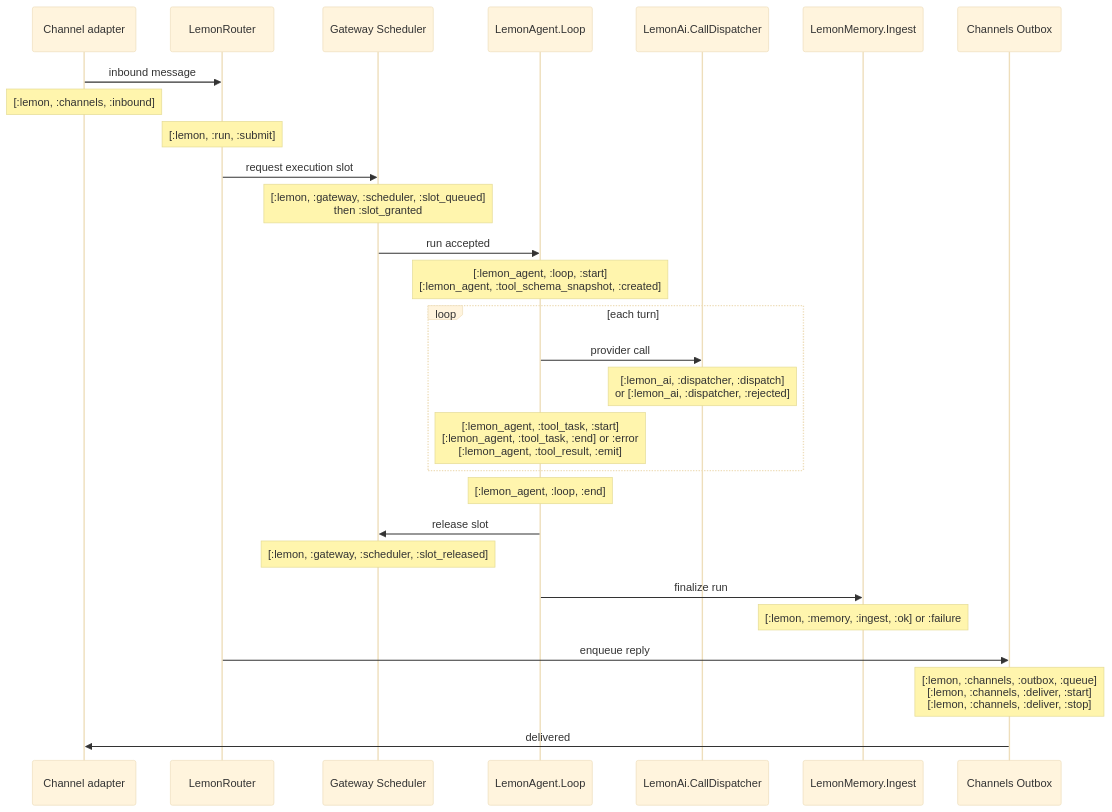
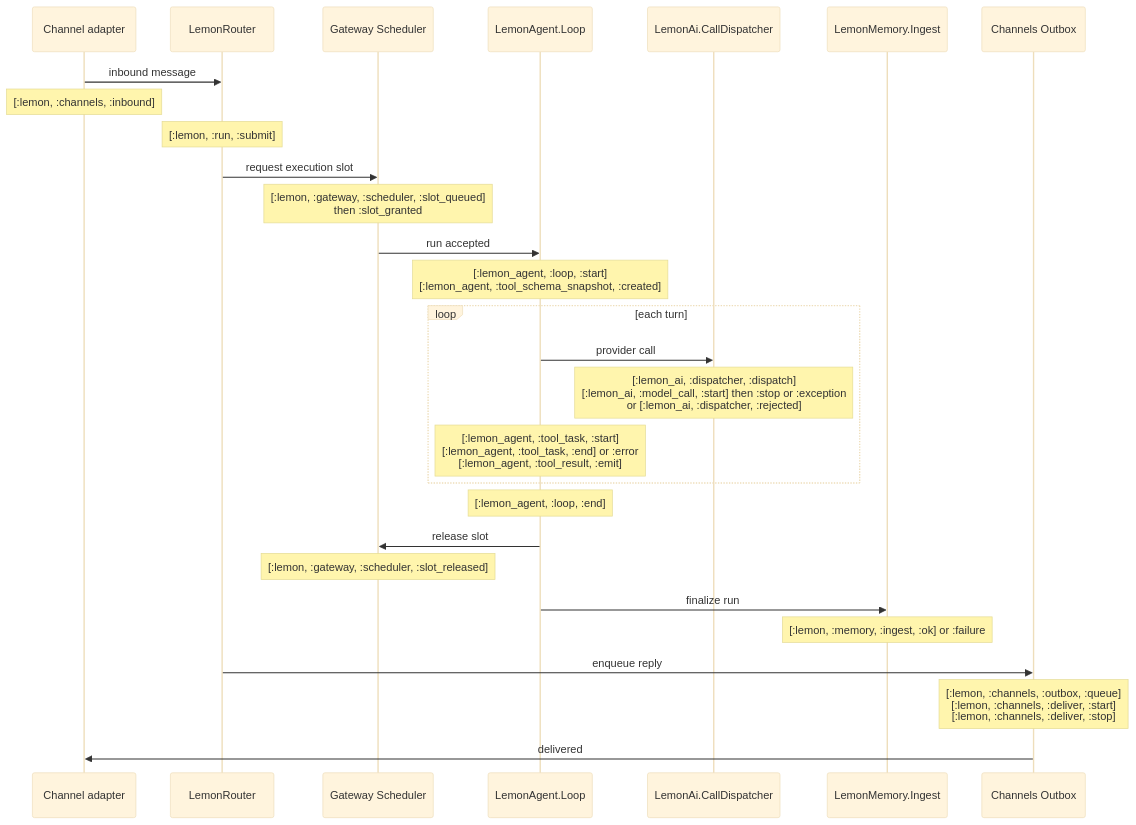
Before and after one commit to z80dev/lemon: the diagram in docs/telemetry.md, drawn with Mermaid (base theme). The commit also changed other lines of this file and 6 other files, not shown here.

First line of the commit message:
lemon_ai: emit [:lemon_ai, :model_call, :start|:stop|:exception] span per admitted model call

````diff
--- a/docs/telemetry.md
+++ b/docs/telemetry.md
@@ -72,33 +72,33 @@
 ```mermaid
 sequenceDiagram
     participant Ch as Channel adapter
     participant R as LemonRouter
     participant S as Gateway Scheduler
     participant L as LemonAgent.Loop
     participant P as LemonAi.CallDispatcher
     participant M as LemonMemory.Ingest
     participant O as Channels Outbox
 
     Ch->>R: inbound message
     Note over Ch: [:lemon, :channels, :inbound]
     Note over R: [:lemon, :run, :submit]
     R->>S: request execution slot
     Note over S: [:lemon, :gateway, :scheduler, :slot_queued]<br/>then :slot_granted
     S->>L: run accepted
     Note over L: [:lemon_agent, :loop, :start]<br/>[:lemon_agent, :tool_schema_snapshot, :created]
 
     loop each turn
         L->>P: provider call
-        Note over P: [:lemon_ai, :dispatcher, :dispatch]<br/>or [:lemon_ai, :dispatcher, :rejected]
+        Note over P: [:lemon_ai, :dispatcher, :dispatch]<br/>[:lemon_ai, :model_call, :start] then :stop or :exception<br/>or [:lemon_ai, :dispatcher, :rejected]
         Note over L: [:lemon_agent, :tool_task, :start]<br/>[:lemon_agent, :tool_task, :end] or :error<br/>[:lemon_agent, :tool_result, :emit]
     end
 
     Note over L: [:lemon_agent, :loop, :end]
     L->>S: release slot
     Note over S: [:lemon, :gateway, :scheduler, :slot_released]
     L->>M: finalize run
     Note over M: [:lemon, :memory, :ingest, :ok] or :failure
     R->>O: enqueue reply
     Note over O: [:lemon, :channels, :outbox, :queue]<br/>[:lemon, :channels, :deliver, :start]<br/>[:lemon, :channels, :deliver, :stop]
     O->>Ch: delivered
 ```
````
